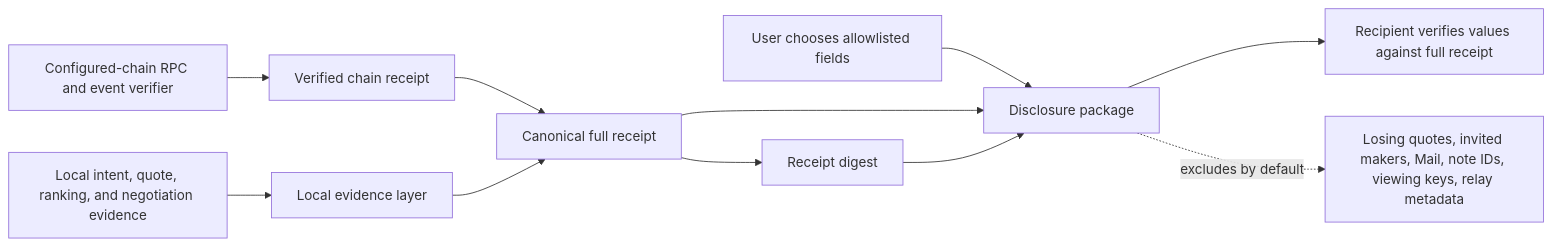
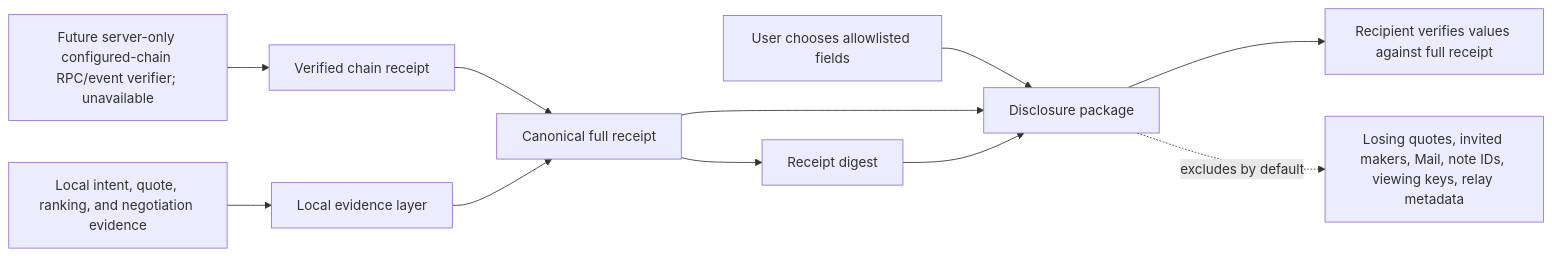
One commit to gstohl/app20 changed the sixth of 8 diagrams in docs/APP20_PROCESS_DIAGRAMS.md. Above: the diagram before and after it, drawn with Mermaid. The commit also changed other lines of this file and 238 other files, not shown here.

````diff
--- a/docs/APP20_PROCESS_DIAGRAMS.md
+++ b/docs/APP20_PROCESS_DIAGRAMS.md
@@ -154,16 +154,16 @@
 ```mermaid
 flowchart LR
-    CE[Configured-chain RPC and event verifier] --> VR[Verified chain receipt]
+    CE[Future server-only configured-chain RPC/event verifier; unavailable] --> VR[Verified chain receipt]
     LE[Local intent, quote, ranking, and negotiation evidence] --> LR[Local evidence layer]
 
     VR --> FR[Canonical full receipt]
     LR --> FR
     FR --> DG[Receipt digest]
 
     U[User chooses allowlisted fields] --> DP[Disclosure package]
     FR --> DP
     DG --> DP
     DP --> V[Recipient verifies values against full receipt]
 
     DP -. excludes by default .-> X[Losing quotes, invited makers, Mail, note IDs, viewing keys, relay metadata]
 ```
````
